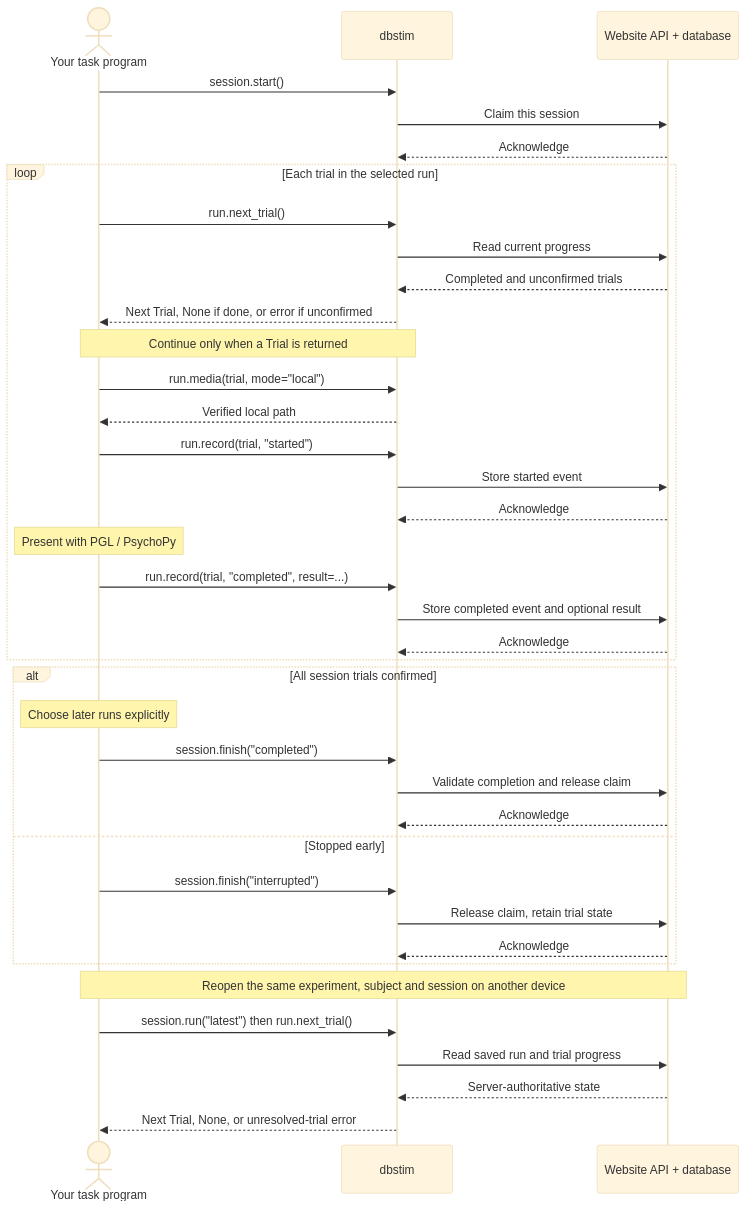
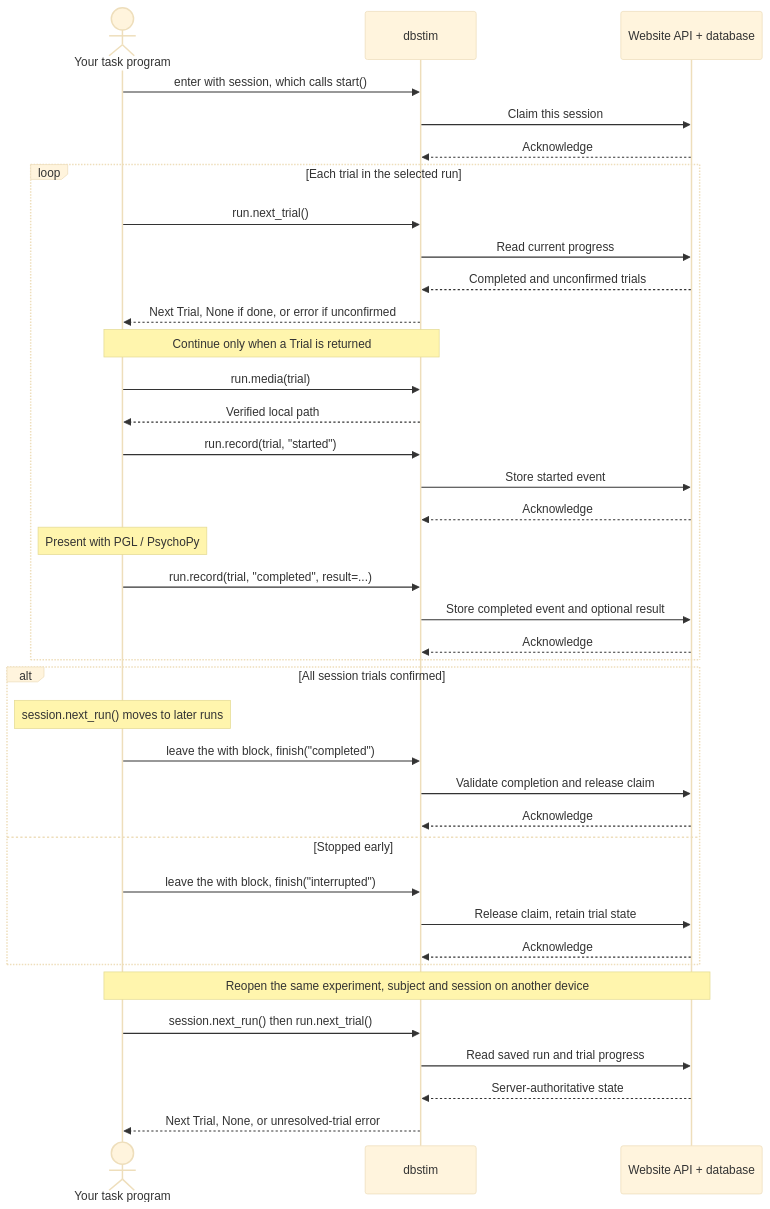
Before and after one commit to StanfordDigitalBrainProject/dbstim: the second of 2 diagrams in docs/server-to-local-flow.md, drawn with Mermaid (base theme). The commit also changed other lines of this file and 20 other files, not shown here.

First line of the commit message:
feat: simplify dbstim and release 0.4.0 with friendlier session, media, and metric APIs (#3)

````diff
--- a/docs/server-to-local-flow.md
+++ b/docs/server-to-local-flow.md
@@ -44,40 +44,40 @@
 ```mermaid
 sequenceDiagram
     actor Task as Your task program
     participant SDK as dbstim
     participant API as Website API + database
-    Task->>SDK: session.start()
+    Task->>SDK: enter with session, which calls start()
     SDK->>API: Claim this session
     API-->>SDK: Acknowledge
     loop Each trial in the selected run
         Task->>SDK: run.next_trial()
         SDK->>API: Read current progress
         API-->>SDK: Completed and unconfirmed trials
         SDK-->>Task: Next Trial, None if done, or error if unconfirmed
         Note over Task,SDK: Continue only when a Trial is returned
-        Task->>SDK: run.media(trial, mode="local")
+        Task->>SDK: run.media(trial)
         SDK-->>Task: Verified local path
         Task->>SDK: run.record(trial, "started")
         SDK->>API: Store started event
         API-->>SDK: Acknowledge
         Note over Task: Present with PGL / PsychoPy
         Task->>SDK: run.record(trial, "completed", result=...)
         SDK->>API: Store completed event and optional result
         API-->>SDK: Acknowledge
     end
     alt All session trials confirmed
-        Note over Task: Choose later runs explicitly
-        Task->>SDK: session.finish("completed")
+        Note over Task: session.next_run() moves to later runs
+        Task->>SDK: leave the with block, finish("completed")
         SDK->>API: Validate completion and release claim
         API-->>SDK: Acknowledge
     else Stopped early
-        Task->>SDK: session.finish("interrupted")
+        Task->>SDK: leave the with block, finish("interrupted")
         SDK->>API: Release claim, retain trial state
         API-->>SDK: Acknowledge
     end
     Note over Task,API: Reopen the same experiment, subject and session on another device
-    Task->>SDK: session.run("latest") then run.next_trial()
+    Task->>SDK: session.next_run() then run.next_trial()
     SDK->>API: Read saved run and trial progress
     API-->>SDK: Server-authoritative state
     SDK-->>Task: Next Trial, None, or unresolved-trial error
 ```
````
